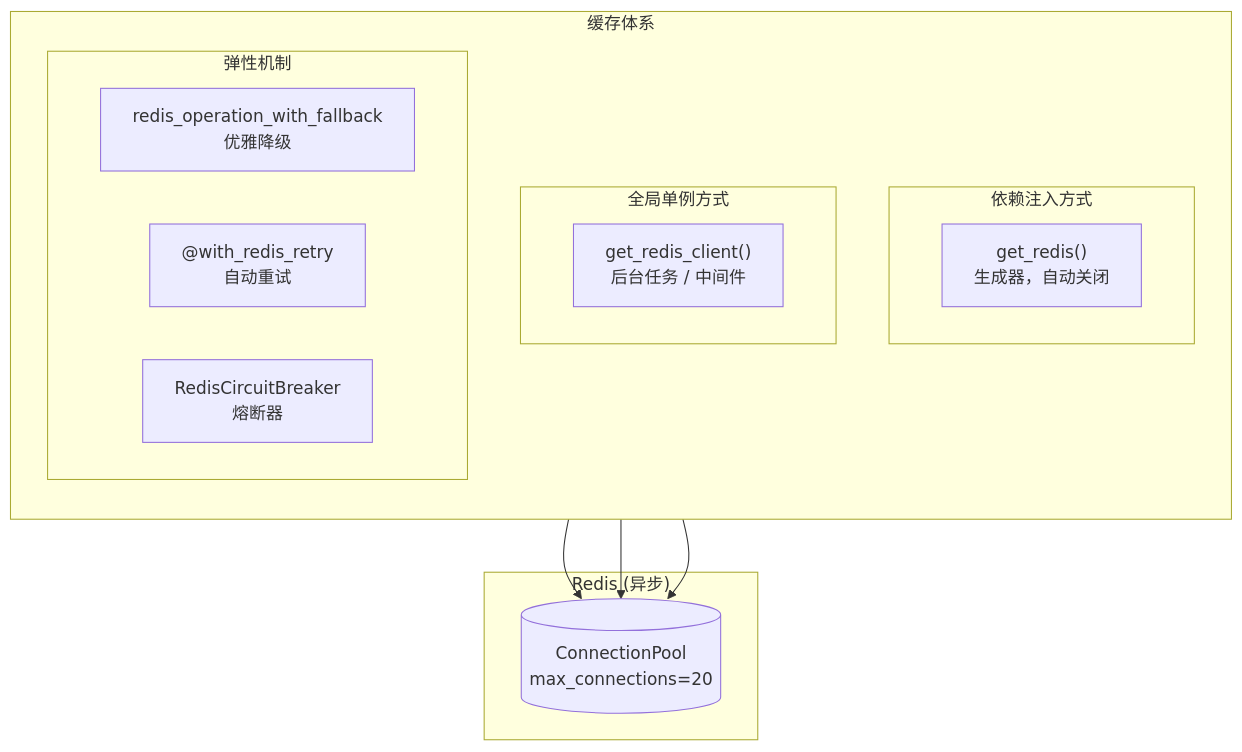
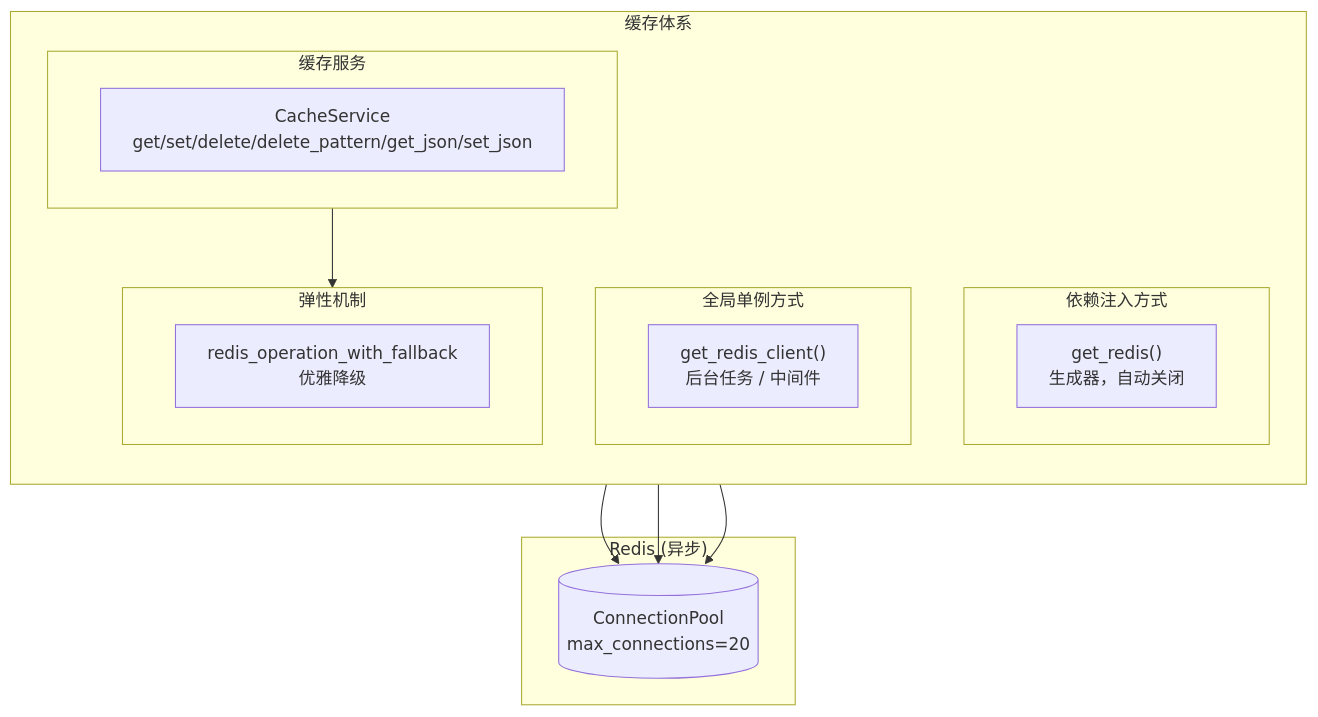
The seventh of 15 diagrams in dehaze-doc/docs/02-系统架构/08-后端基础设施设计(Python).md (earthy-zinc/dehaze-system), drawn with Mermaid before and after one commit. The commit also changed other lines of this file and 10 other files, not shown here.

````diff
--- a/dehaze-doc/docs/02-系统架构/08-后端基础设施设计(Python).md
+++ b/dehaze-doc/docs/02-系统架构/08-后端基础设施设计(Python).md
@@ -490,25 +617,26 @@
 ```mermaid
 flowchart TB
     subgraph CacheArch["缓存体系"]
         direction TB
         subgraph DI["依赖注入方式"]
             GetRedis["get_redis()<br/>生成器，自动关闭"]
         end
         subgraph Singleton["全局单例方式"]
             GetClient["get_redis_client()<br/>后台任务 / 中间件"]
         end
+        subgraph Service["缓存服务"]
+            CacheService["CacheService<br/>get/set/delete/delete_pattern/get_json/set_json"]
+        end
         subgraph Resilience["弹性机制"]
             Fallback["redis_operation_with_fallback<br/>优雅降级"]
-            Retry["@with_redis_retry<br/>自动重试"]
-            CB["RedisCircuitBreaker<br/>熔断器"]
         end
     end
 
     subgraph Backend["Redis (异步)"]
         Pool[("ConnectionPool<br/>max_connections=20")]
     end
 
     DI --> Pool
     Singleton --> Pool
-    Resilience --> Pool
+    Service --> Resilience --> Pool
 ```
````
